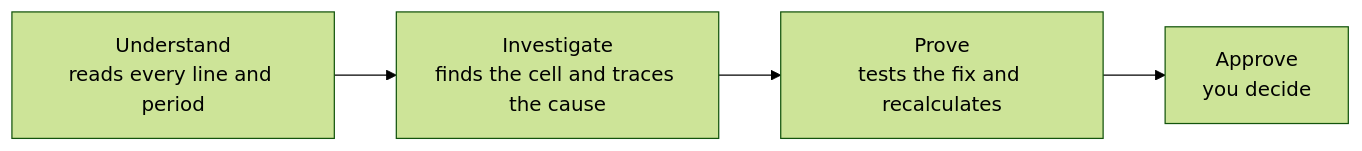
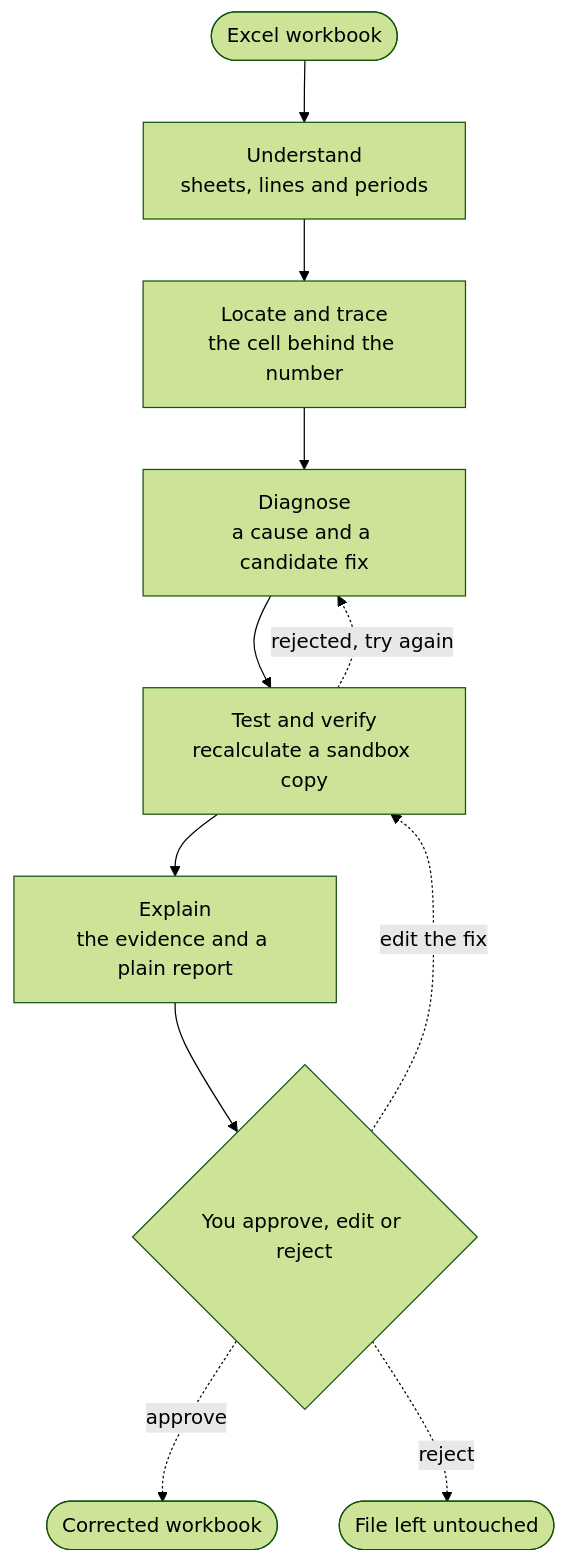
One commit to ol1ak5/model-x-ray changed the diagram in README.md. Above: the diagram before and after it, drawn with Mermaid (forest theme). The commit also changed other lines of this file, not shown here.

Commit message:
docs(readme): the diagram shows the retry loop and the decision branches

````diff
--- a/README.md
+++ b/README.md
@@ -63,6 +63,13 @@
 ```mermaid
-flowchart LR
-    A["Understand<br/>reads every line and period"] --> B["Investigate<br/>finds the cell and traces the cause"]
-    B --> C["Prove<br/>tests the fix and recalculates"]
-    C --> D["Approve<br/>you decide"]
+flowchart TD
+    A([Excel workbook]) --> B["Understand<br/>sheets, lines and periods"]
+    B --> C["Locate and trace<br/>the cell behind the number"]
+    C --> D["Diagnose<br/>a cause and a candidate fix"]
+    D --> E["Test and verify<br/>recalculate a sandbox copy"]
+    E -. "rejected, try again" .-> D
+    E --> F["Explain<br/>the evidence and a plain report"]
+    F --> G{"You approve, edit or reject"}
+    G -. "edit the fix" .-> E
+    G -. "approve" .-> H([Corrected workbook])
+    G -. "reject" .-> I([File left untouched])
 ```
````
